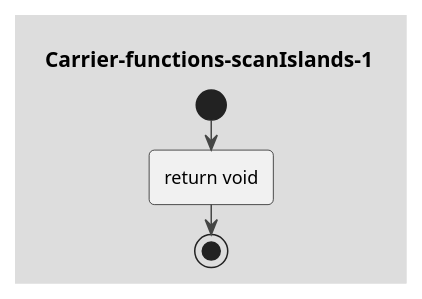
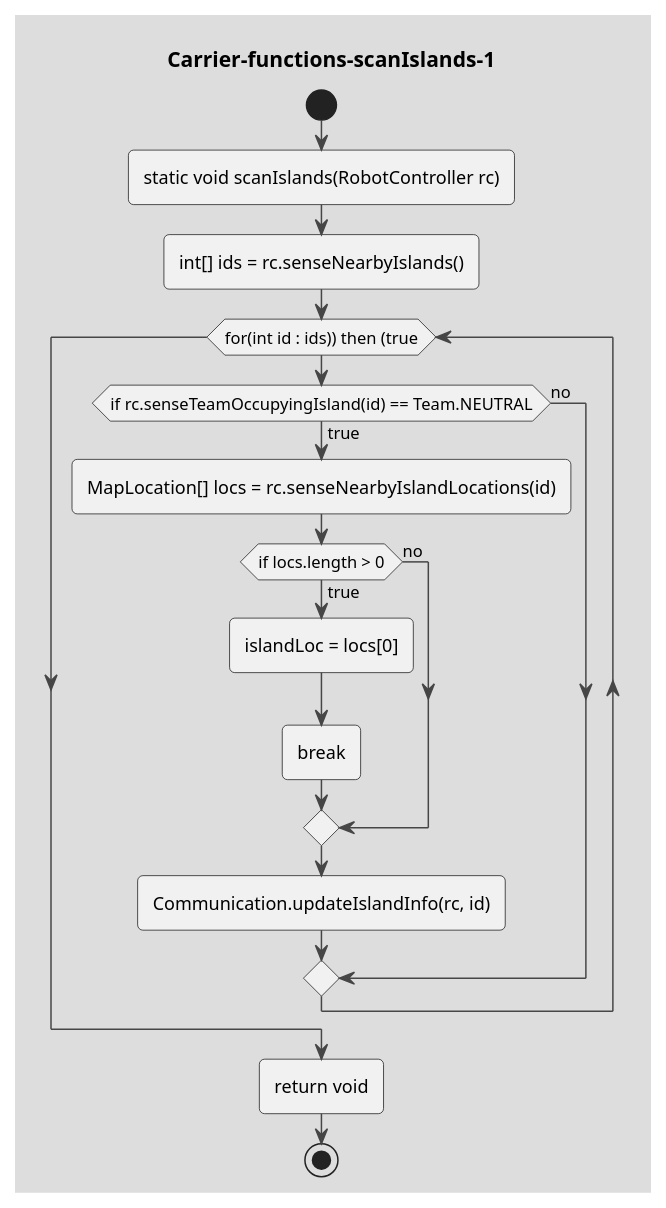
One commit to coding-to-music/plantuml-diagram-examples changed the diagram in drawings/Carrier-functions-scanIslands-1.puml. Above: the diagram before and after it, drawn with PlantUML.

```diff
--- a/drawings/Carrier-functions-scanIslands-1.puml
+++ b/drawings/Carrier-functions-scanIslands-1.puml
@@ -1,20 +1,23 @@
 @startuml Carrier-functions-scanIslands-1
 !theme toy 
 title Carrier-functions-scanIslands-1
 start
 
-' static void scanIslands(RobotController rc) throws GameActionException {
-' int[] ids = rc.senseNearbyIslands();
-' for(int id : ids) {
-'     if(rc.senseTeamOccupyingIsland(id) == Team.NEUTRAL) {
-'         MapLocation[] locs = rc.senseNearbyIslandLocations(id);
-'         if(locs.length > 0) {
-'             islandLoc = locs[0];
-'             break;
-'         }
-'     }
-'     Communication.updateIslandInfo(rc, id);
+:static void scanIslands(RobotController rc);
+:int[] ids = rc.senseNearbyIslands();
+while (for(int id : ids)) then (true)
+    if(if rc.senseTeamOccupyingIsland(id) == Team.NEUTRAL) then (true)
+        :MapLocation[] locs = rc.senseNearbyIslandLocations(id);
+        if(if locs.length > 0) then (true)
+            :islandLoc = locs[0];
+            :break;
+        else (no)
+        endif
+    :Communication.updateIslandInfo(rc, id);
+    else (no)
+    endif
+endwhile
 
 :return void; 
 stop
 @enduml
```
